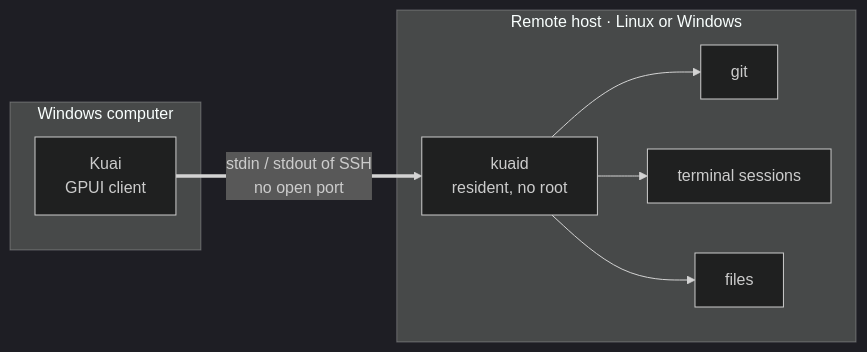
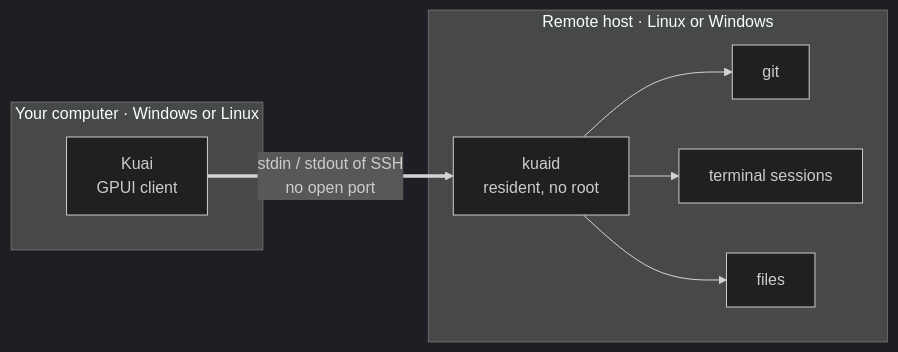
One commit to finmoor/kuai changed the diagram in README.en.md. Above: the diagram before and after it, drawn with Mermaid (dark theme). The commit also changed other lines of this file and 5 other files, not shown here.

````diff
--- a/README.en.md
+++ b/README.en.md
@@ -182,16 +186,16 @@
 ```mermaid
 flowchart LR
-    subgraph pc["Windows computer"]
+    subgraph pc["Your computer · Windows or Linux"]
         app["Kuai<br/>GPUI client"]
     end
     subgraph host["Remote host · Linux or Windows"]
         kd["kuaid<br/>resident, no root"]
         git["git"]
         term["terminal sessions"]
         files["files"]
     end
     app ==>|"stdin / stdout of SSH<br/>no open port"| kd
     kd --> git
     kd --> term
     kd --> files
 ```
````
